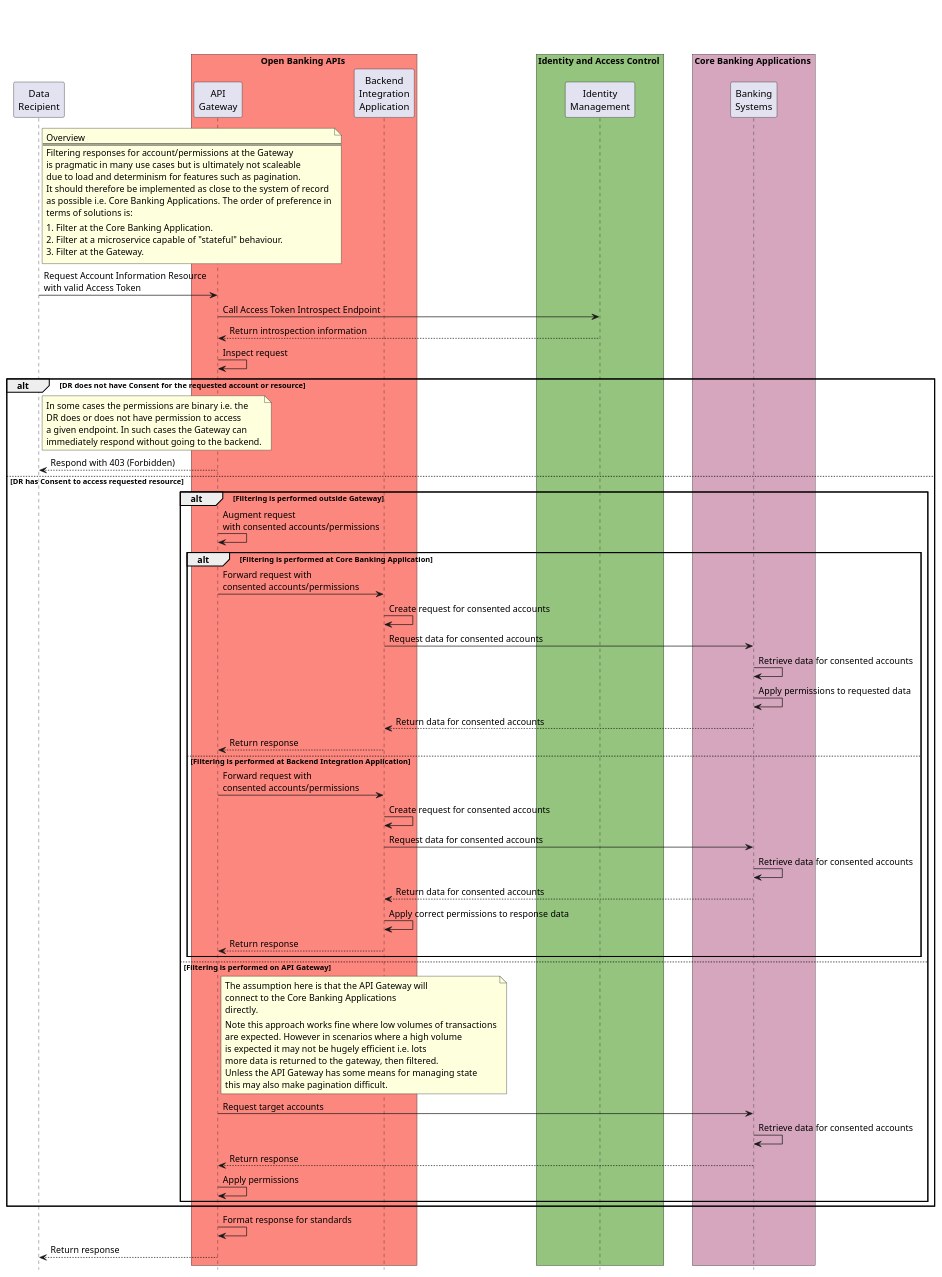
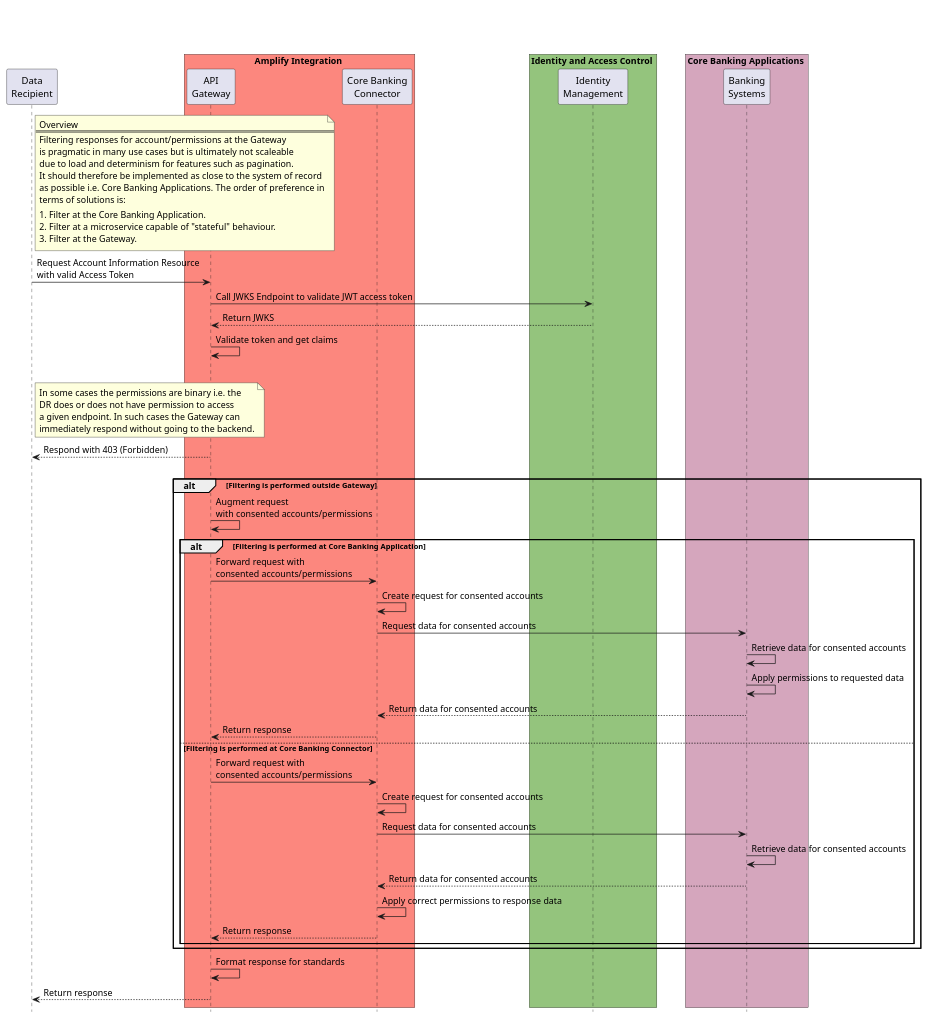
One commit to Axway/open-banking-docs changed the diagram in src/plant-uml/user-consent-filtering-arch-overview.puml. Above: the diagram before and after it, drawn with PlantUML. The commit also changed 20 other files, not shown here.

Commit message:
updated functional architecture

```diff
--- a/src/plant-uml/user-consent-filtering-arch-overview.puml
+++ b/src/plant-uml/user-consent-filtering-arch-overview.puml
@@ -1,109 +1,87 @@
 @startuml Applying_Consent_Sequence
 
 title \n\n
 
 participant "Data\nRecipient" as DR
 
-box Open Banking APIs #fc877e
+box Amplify Integration #fc877e
 participant "API\nGateway" as API_GATEWAY
-participant "Backend\nIntegration\nApplication" as BIA
+participant "Core Banking\nConnector" as CBC
 end box
 
 box Identity and Access Control #94c47d
 participant "Identity\nManagement" as IAM
 end box
 
 box Core Banking Applications #d5a6bd
 participant "Banking\nSystems" as ASPSP_API
 end box
 
 hide footbox
 
 skinparam BoxPadding 20
 
 note right of DR
 Overview
 ===
 Filtering responses for account/permissions at the Gateway
 is pragmatic in many use cases but is ultimately not scaleable
 due to load and determinism for features such as pagination.
 It should therefore be implemented as close to the system of record
 as possible i.e. Core Banking Applications. The order of preference in
 terms of solutions is:
 |||
 1. Filter at the Core Banking Application.
 2. Filter at a microservice capable of "stateful" behaviour.
 3. Filter at the Gateway.
 end note
 
 DR -> API_GATEWAY: Request Account Information Resource\nwith valid Access Token
 
-API_GATEWAY -> IAM: Call Access Token Introspect Endpoint
-API_GATEWAY <-- IAM: Return introspection information
-API_GATEWAY -> API_GATEWAY: Inspect request
+API_GATEWAY -> IAM: Call JWKS Endpoint to validate JWT access token
+API_GATEWAY <-- IAM: Return JWKS
+API_GATEWAY -> API_GATEWAY: Validate token and get claims
 
 alt DR does not have Consent for the requested account or resource
 
 note right of DR
 In some cases the permissions are binary i.e. the
 DR does or does not have permission to access
 a given endpoint. In such cases the Gateway can
 immediately respond without going to the backend.
 end note
 
 DR <-- API_GATEWAY: Respond with 403 (Forbidden)
 
 else DR has Consent to access requested resource
 
 alt Filtering is performed outside Gateway
 API_GATEWAY -> API_GATEWAY: Augment request\nwith consented accounts/permissions
 
 alt Filtering is performed at Core Banking Application
 
-API_GATEWAY -> BIA: Forward request with\nconsented accounts/permissions
-BIA -> BIA: Create request for consented accounts
-BIA -> ASPSP_API: Request data for consented accounts
+API_GATEWAY -> CBC: Forward request with\nconsented accounts/permissions
+CBC -> CBC: Create request for consented accounts
+CBC -> ASPSP_API: Request data for consented accounts
 ASPSP_API -> ASPSP_API: Retrieve data for consented accounts
 ASPSP_API -> ASPSP_API: Apply permissions to requested data
-BIA <-- ASPSP_API: Return data for consented accounts
-API_GATEWAY <-- BIA: Return response
+CBC <-- ASPSP_API: Return data for consented accounts
+API_GATEWAY <-- CBC: Return response
 
-else Filtering is performed at Backend Integration Application
+else Filtering is performed at Core Banking Connector
 
-API_GATEWAY -> BIA: Forward request with\nconsented accounts/permissions
-BIA -> BIA: Create request for consented accounts
-BIA -> ASPSP_API: Request data for consented accounts
+API_GATEWAY -> CBC: Forward request with\nconsented accounts/permissions
+CBC -> CBC: Create request for consented accounts
+CBC -> ASPSP_API: Request data for consented accounts
 ASPSP_API -> ASPSP_API: Retrieve data for consented accounts
-BIA <-- ASPSP_API: Return data for consented accounts
-BIA -> BIA: Apply correct permissions to response data
-API_GATEWAY <-- BIA: Return response
-
-end alt
-
-else Filtering is performed on API Gateway
-
-note right of API_GATEWAY
-The assumption here is that the API Gateway will
-connect to the Core Banking Applications 
-directly.
-|||
-Note this approach works fine where low volumes of transactions
-are expected. However in scenarios where a high volume
-is expected it may not be hugely efficient i.e. lots
-more data is returned to the gateway, then filtered.
-Unless the API Gateway has some means for managing state
-this may also make pagination difficult.
-end note
-
-API_GATEWAY -> ASPSP_API: Request target accounts
-ASPSP_API -> ASPSP_API: Retrieve data for consented accounts
-API_GATEWAY <-- ASPSP_API: Return response
-API_GATEWAY -> API_GATEWAY: Apply permissions
+CBC <-- ASPSP_API: Return data for consented accounts
+CBC -> CBC: Apply correct permissions to response data
+API_GATEWAY <-- CBC: Return response
 
 end alt
 end alt
 
 API_GATEWAY -> API_GATEWAY: Format response for standards
 DR <-- API_GATEWAY: Return response
 
 @enduml
```
